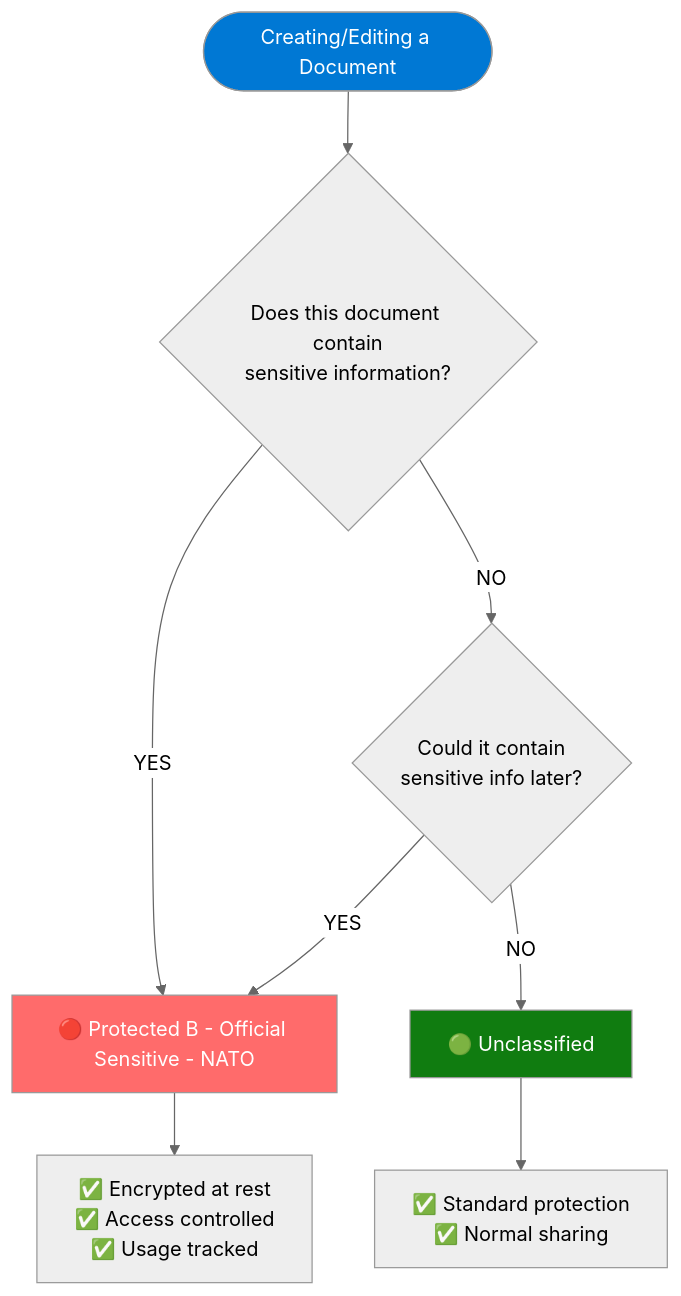
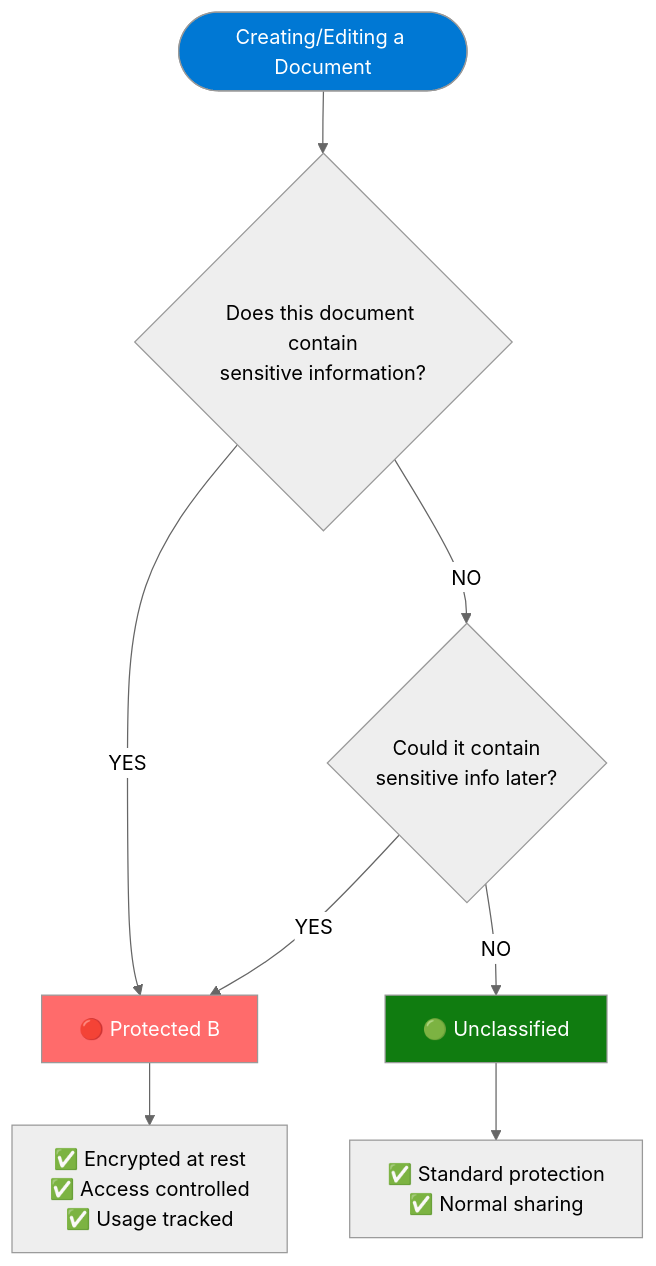
Before and after one commit to Cloudstrucc/Public: the third of 4 diagrams in docs/Teams/latest/package/DECISION-TREE-VISUAL-GUIDE.md, drawn with Mermaid (neutral theme). The commit also changed other lines of this file, not shown here.

````diff
--- a/docs/Teams/latest/package/DECISION-TREE-VISUAL-GUIDE.md
+++ b/docs/Teams/latest/package/DECISION-TREE-VISUAL-GUIDE.md
@@ -185,17 +177,17 @@
 ```mermaid
 flowchart TD
     Start([Creating/Editing a Document]) --> Q1{Does this document contain<br/>sensitive information?}
     
-    Q1 -->|YES| ProtB[🔴 Protected B - Official Sensitive - NATO]
+    Q1 -->|YES| ProtB[🔴 Protected B]
     Q1 -->|NO| Q2{Could it contain<br/>sensitive info later?}
     
     Q2 -->|YES| ProtB
     Q2 -->|NO| Unclass[🟢 Unclassified]
     
     ProtB --> Result1[✅ Encrypted at rest<br/>✅ Access controlled<br/>✅ Usage tracked]
     Unclass --> Result2[✅ Standard protection<br/>✅ Normal sharing]
     
     style Start fill:#0078d4,color:#fff
     style ProtB fill:#ff6b6b,color:#fff
     style Unclass fill:#107c10,color:#fff
 ```
````
